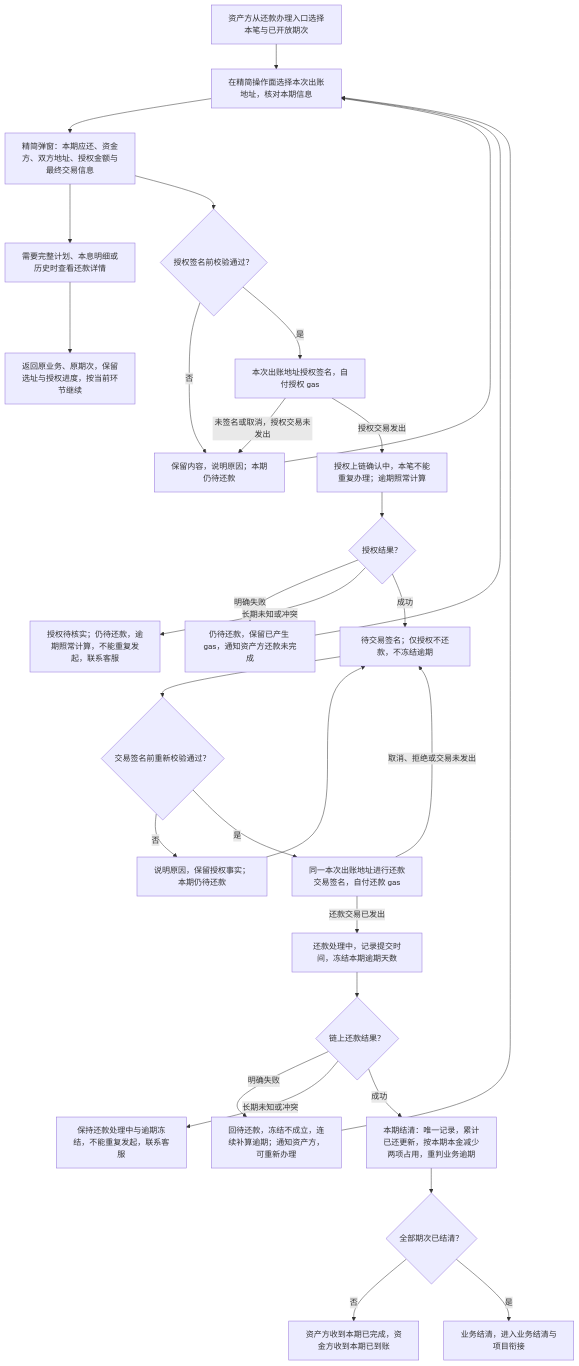
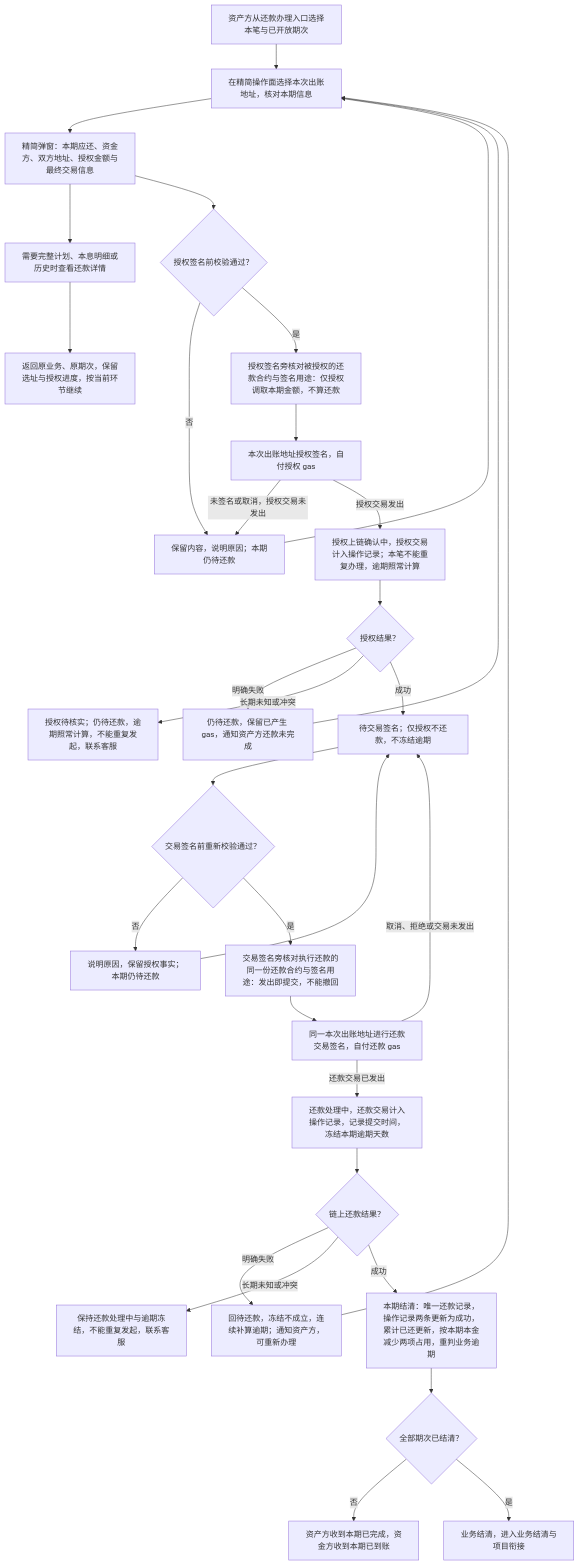
One commit to wxblockchain/Chain-Financing changed the second of 5 diagrams in lending-platform/PRD/面客端/08-借贷广场-链上还款/02-链上还款-流程图与状态机.md. Above: the diagram before and after it, drawn with Mermaid. The commit also changed other lines of this file and 3 other files, not shown here.

````diff
--- a/lending-platform/PRD/面客端/08-借贷广场-链上还款/02-链上还款-流程图与状态机.md
+++ b/lending-platform/PRD/面客端/08-借贷广场-链上还款/02-链上还款-流程图与状态机.md
@@ -50,32 +52,34 @@
 ```mermaid
 flowchart TD
   A[资产方从还款办理入口选择本笔与已开放期次] --> B[在精简操作面选择本次出账地址，核对本期信息]
   B --> C[精简弹窗：本期应还、资金方、双方地址、授权金额与最终交易信息]
   C --> V1[需要完整计划、本息明细或历史时查看还款详情]
   V1 --> V2[返回原业务、原期次，保留选址与授权进度，按当前环节继续]
   C --> D{授权签名前校验通过？}
   D -->|否| E[保留内容，说明原因；本期仍待还款]
   E --> B
-  D -->|是| F[本次出账地址授权签名，自付授权 gas]
+  D -->|是| C1[授权签名旁核对被授权的还款合约与签名用途：仅授权调取本期金额，不算还款]
+  C1 --> F[本次出账地址授权签名，自付授权 gas]
   F -->|未签名或取消，授权交易未发出| E
-  F -->|授权交易发出| G[授权上链确认中，本笔不能重复办理；逾期照常计算]
+  F -->|授权交易发出| G[授权上链确认中，授权交易计入操作记录；本笔不能重复办理，逾期照常计算]
   G --> H{授权结果？}
   H -->|明确失败| I[仍待还款，保留已产生 gas，通知资产方还款未完成]
   I --> B
   H -->|长期未知或冲突| J[授权待核实；仍待还款，逾期照常计算，不能重复发起，联系客服]
   H -->|成功| K[待交易签名；仅授权不还款，不冻结逾期]
   K --> L{交易签名前重新校验通过？}
   L -->|否| M[说明原因，保留授权事实；本期仍待还款]
   M --> K
-  L -->|是| N[同一本次出账地址进行还款交易签名，自付还款 gas]
+  L -->|是| C2[交易签名旁核对执行还款的同一份还款合约与签名用途：发出即提交，不能撤回]
+  C2 --> N[同一本次出账地址进行还款交易签名，自付还款 gas]
   N -->|取消、拒绝或交易未发出| K
-  N -->|还款交易已发出| O[还款处理中，记录提交时间，冻结本期逾期天数]
+  N -->|还款交易已发出| O[还款处理中，还款交易计入操作记录，记录提交时间，冻结本期逾期天数]
   O --> P{链上还款结果？}
   P -->|明确失败| Q[回待还款，冻结不成立，连续补算逾期；通知资产方，可重新办理]
   Q --> B
   P -->|长期未知或冲突| R[保持还款处理中与逾期冻结，不能重复发起，联系客服]
-  P -->|成功| S[本期结清：唯一记录，累计已还更新，按本期本金减少两项占用，重判业务逾期]
+  P -->|成功| S[本期结清：唯一还款记录，操作记录两条更新为成功，累计已还更新，按本期本金减少两项占用，重判业务逾期]
   S --> T{全部期次已结清？}
   T -->|否| U[资产方收到本期已完成，资金方收到本期已到账]
   T -->|是| V[业务结清，进入业务结清与项目衔接]
 ```
````
